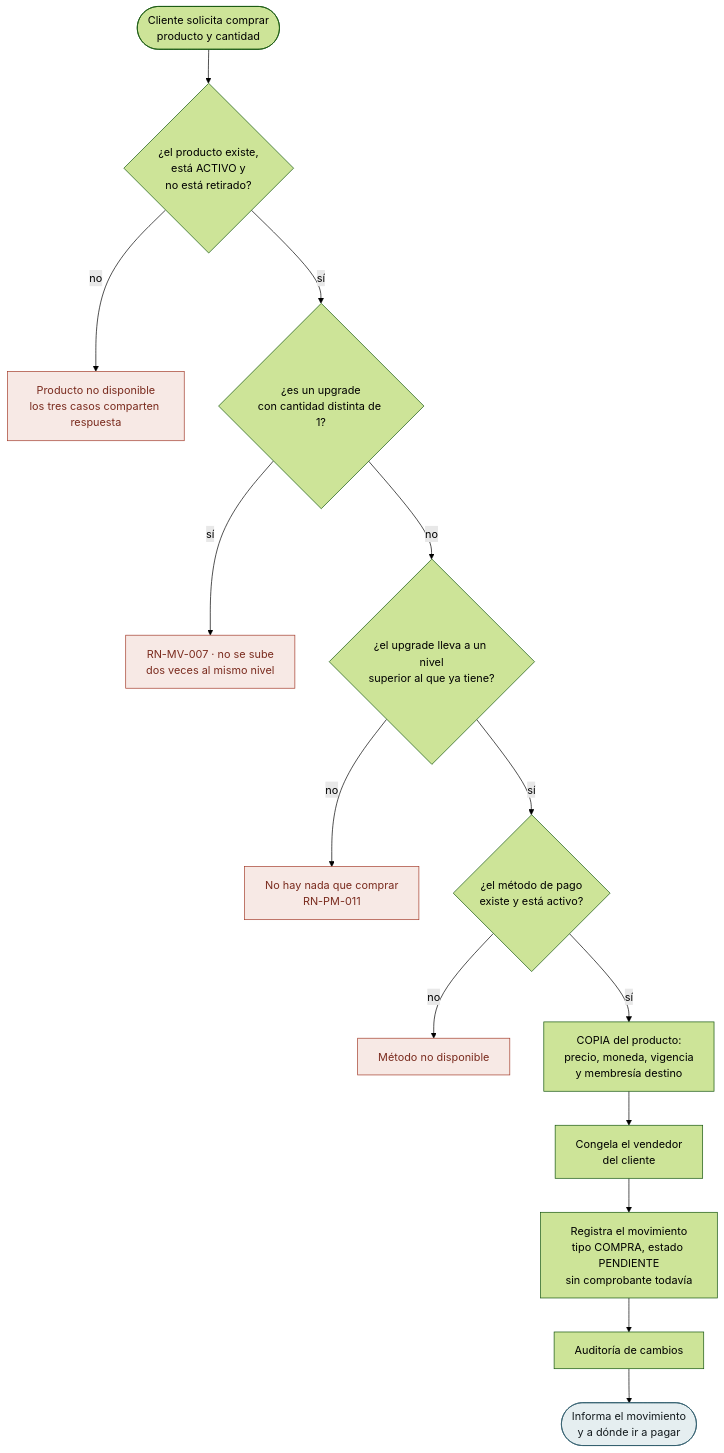
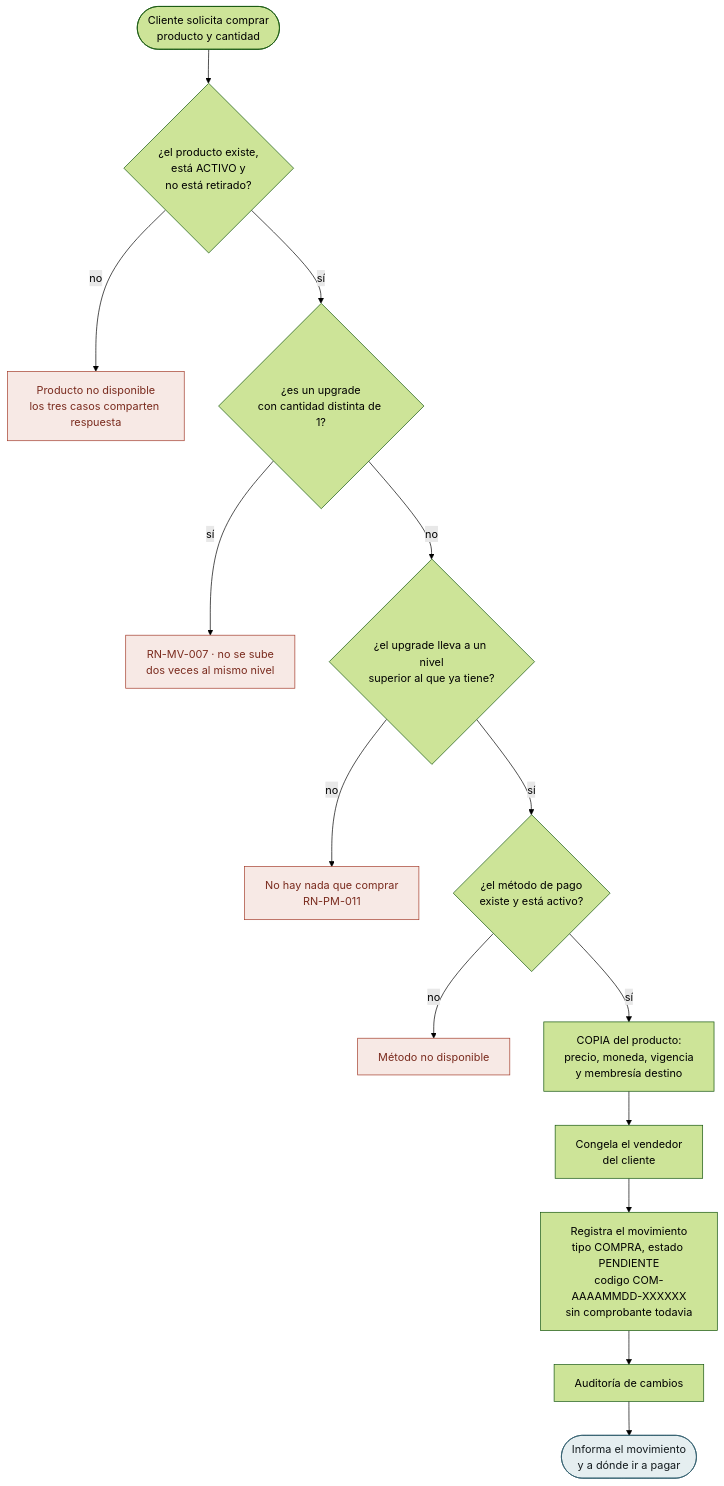
The second of 11 diagrams in docs/flujos/mv/flujos-por-caso.md (NexusPro-Dev/backend), drawn with Mermaid (forest theme) before and after one commit. The commit also changed other lines of this file and 2 other files, not shown here.

First line of the commit message:
docs(mv): el tipo pasa a catalogo, y con el los dos codigos del movimiento

````diff
--- a/docs/flujos/mv/flujos-por-caso.md
+++ b/docs/flujos/mv/flujos-por-caso.md
@@ -76,22 +76,22 @@
 ```mermaid
 flowchart TD
     A(["Cliente solicita comprar<br/>producto y cantidad"])
     A --> V1{"¿el producto existe,<br/>está ACTIVO y<br/>no está retirado?"}
     V1 -->|no| E1["Producto no disponible<br/>los tres casos comparten respuesta"]
     V1 -->|sí| V2{"¿es un upgrade<br/>con cantidad distinta de 1?"}
     V2 -->|sí| E2["RN-MV-007 · no se sube<br/>dos veces al mismo nivel"]
     V2 -->|no| V3{"¿el upgrade lleva a un nivel<br/>superior al que ya tiene?"}
     V3 -->|no| E3["No hay nada que comprar<br/>RN-PM-011"]
     V3 -->|sí| V4{"¿el método de pago<br/>existe y está activo?"}
     V4 -->|no| E4["Método no disponible"]
     V4 -->|sí| P1["COPIA del producto:<br/>precio, moneda, vigencia<br/>y membresía destino"]
     P1 --> P2["Congela el vendedor<br/>del cliente"]
-    P2 --> P3["Registra el movimiento<br/>tipo COMPRA, estado PENDIENTE<br/>sin comprobante todavía"]
+    P2 --> P3["Registra el movimiento<br/>tipo COMPRA, estado PENDIENTE<br/>codigo COM-AAAAMMDD-XXXXXX<br/>sin comprobante todavia"]
     P3 --> P4["Auditoría de cambios"]
     P4 --> FIN(["Informa el movimiento<br/>y a dónde ir a pagar"])
 
     classDef ex fill:#F7E9E5,stroke:#A33B2A,color:#7A2B1E
     classDef ok fill:#E5EEF0,stroke:#2D5A6B,color:#141B1E
     class E1,E2,E3,E4 ex
     class FIN ok
 ```
````
